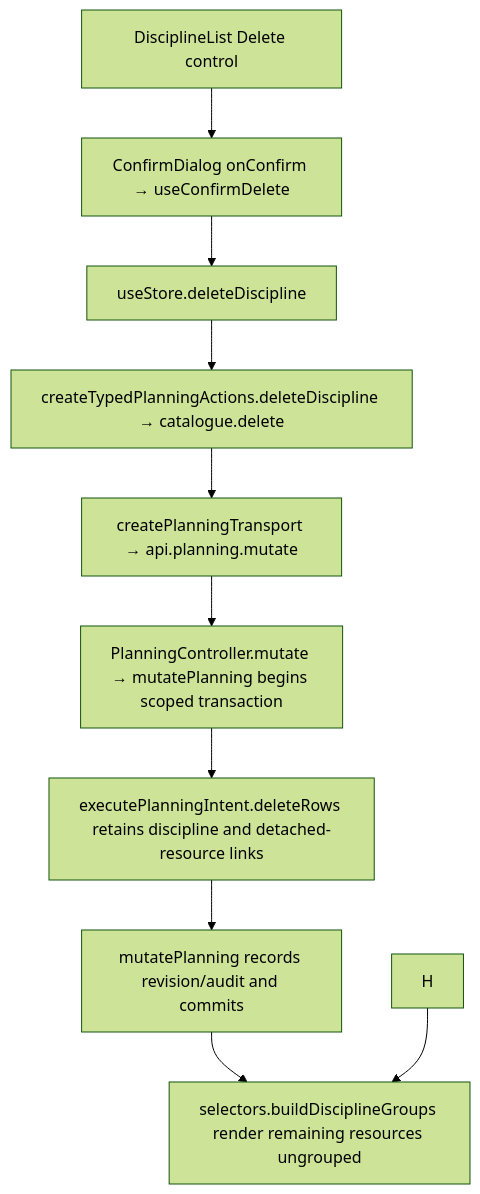
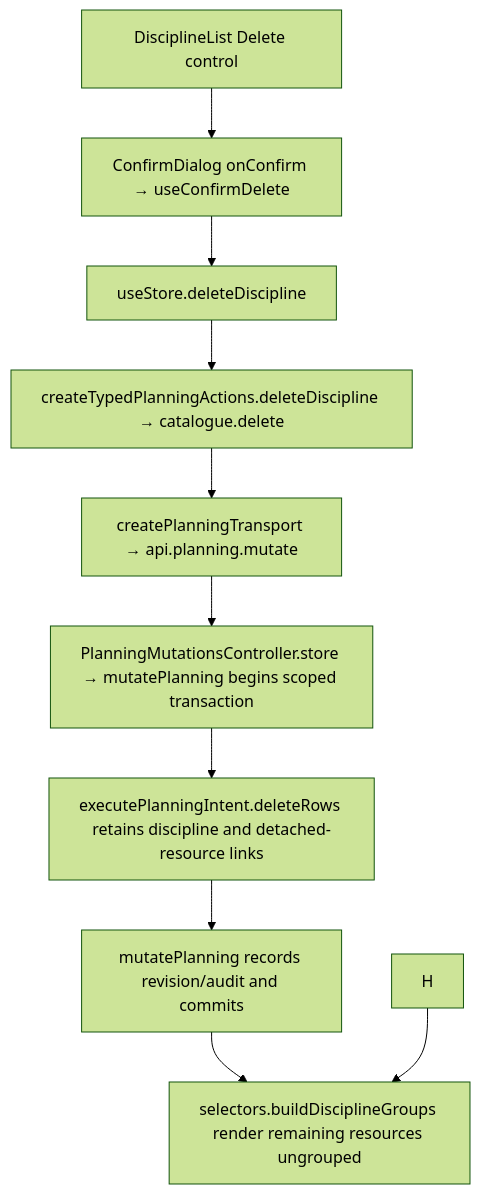
One commit to Kevinjohn/capacitylens changed the second of 2 diagrams in user-stories/disciplines/US-DIS-03-delete-discipline-ungroups.md. Above: the diagram before and after it, drawn with Mermaid (forest theme). The commit also changed other lines of this file and 139 other files, not shown here.

````diff
--- a/user-stories/disciplines/US-DIS-03-delete-discipline-ungroups.md
+++ b/user-stories/disciplines/US-DIS-03-delete-discipline-ungroups.md
@@ -28,8 +28,8 @@
 ```mermaid
 flowchart TD
   A["DisciplineList Delete control"] --> B["ConfirmDialog onConfirm → useConfirmDelete"] --> C["useStore.deleteDiscipline"]
   C --> D["createTypedPlanningActions.deleteDiscipline → catalogue.delete"] --> E["createPlanningTransport → api.planning.mutate"]
-  E --> F["PlanningController.mutate → mutatePlanning begins scoped transaction"] --> G["executePlanningIntent.deleteRows retains discipline and detached-resource links"] --> K["mutatePlanning records revision/audit and commits"]
+  E --> F["PlanningMutationsController.store → mutatePlanning begins scoped transaction"] --> G["executePlanningIntent.deleteRows retains discipline and detached-resource links"] --> K["mutatePlanning records revision/audit and commits"]
   K --> I["selectors.buildDisciplineGroups render remaining resources ungrouped"]
   H --> I
 ```
````
